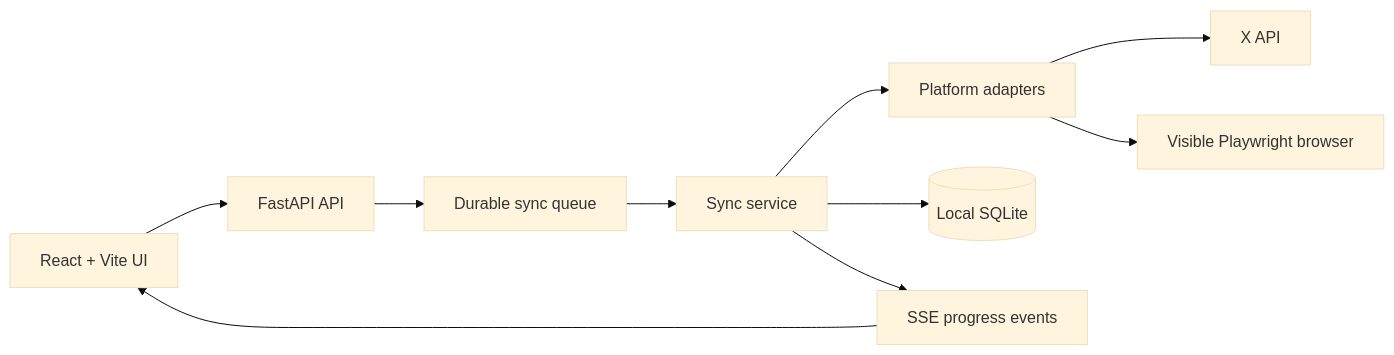
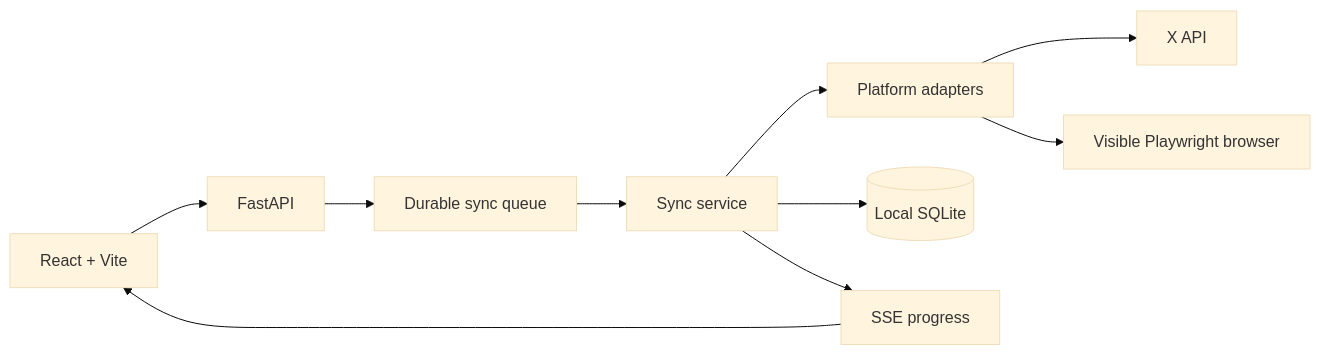
One commit to jiezeng2004-design/creator-pulse changed the diagram in README.md. Above: the diagram before and after it, drawn with Mermaid (base theme). The commit also changed other lines of this file, not shown here.

````diff
--- a/README.md
+++ b/README.md
@@ -111,12 +186,12 @@
 ```mermaid
 flowchart LR
-    UI[React + Vite UI] --> API[FastAPI API]
+    UI[React + Vite] --> API[FastAPI]
     API --> Queue[Durable sync queue]
     Queue --> Sync[Sync service]
     Sync --> Adapters[Platform adapters]
     Adapters --> X[X API]
     Adapters --> Browser[Visible Playwright browser]
     Sync --> DB[(Local SQLite)]
-    Sync --> Events[SSE progress events]
+    Sync --> Events[SSE progress]
     Events --> UI
 ```
````
